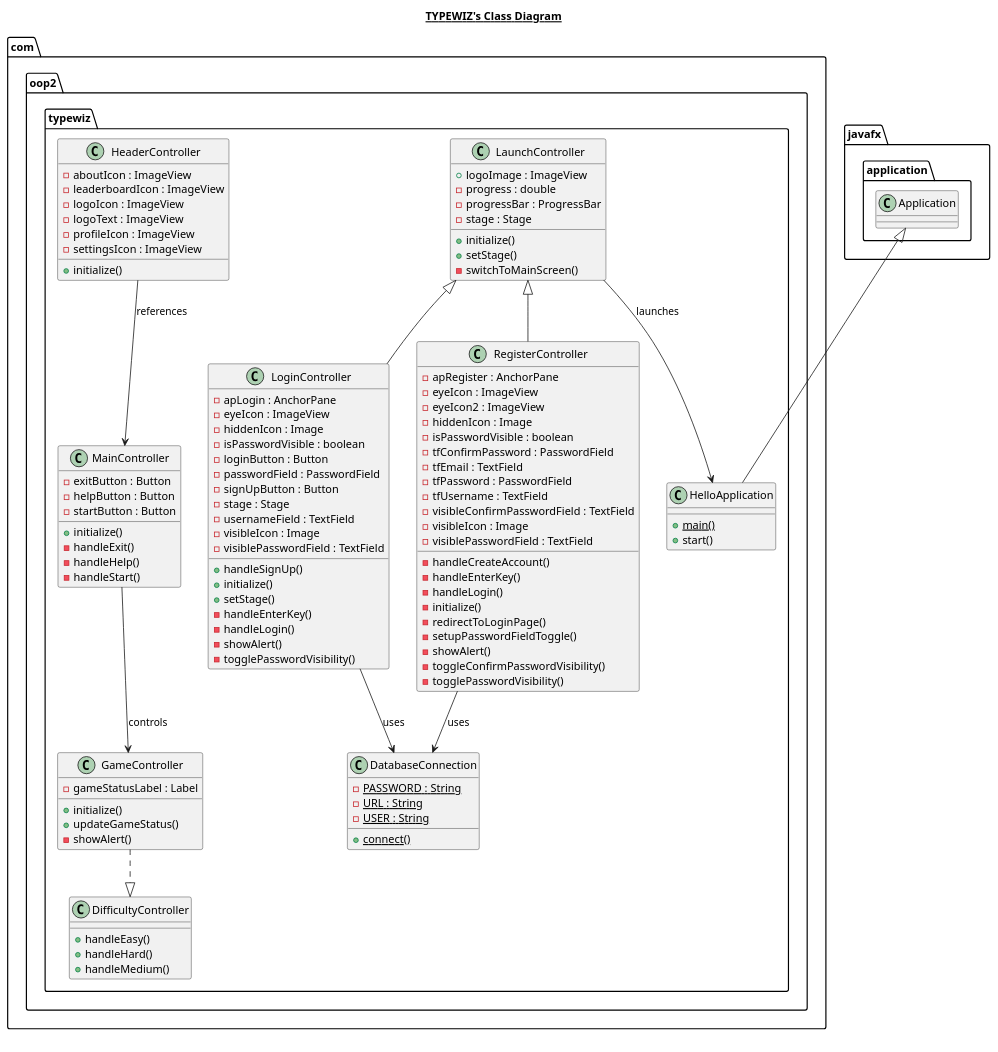
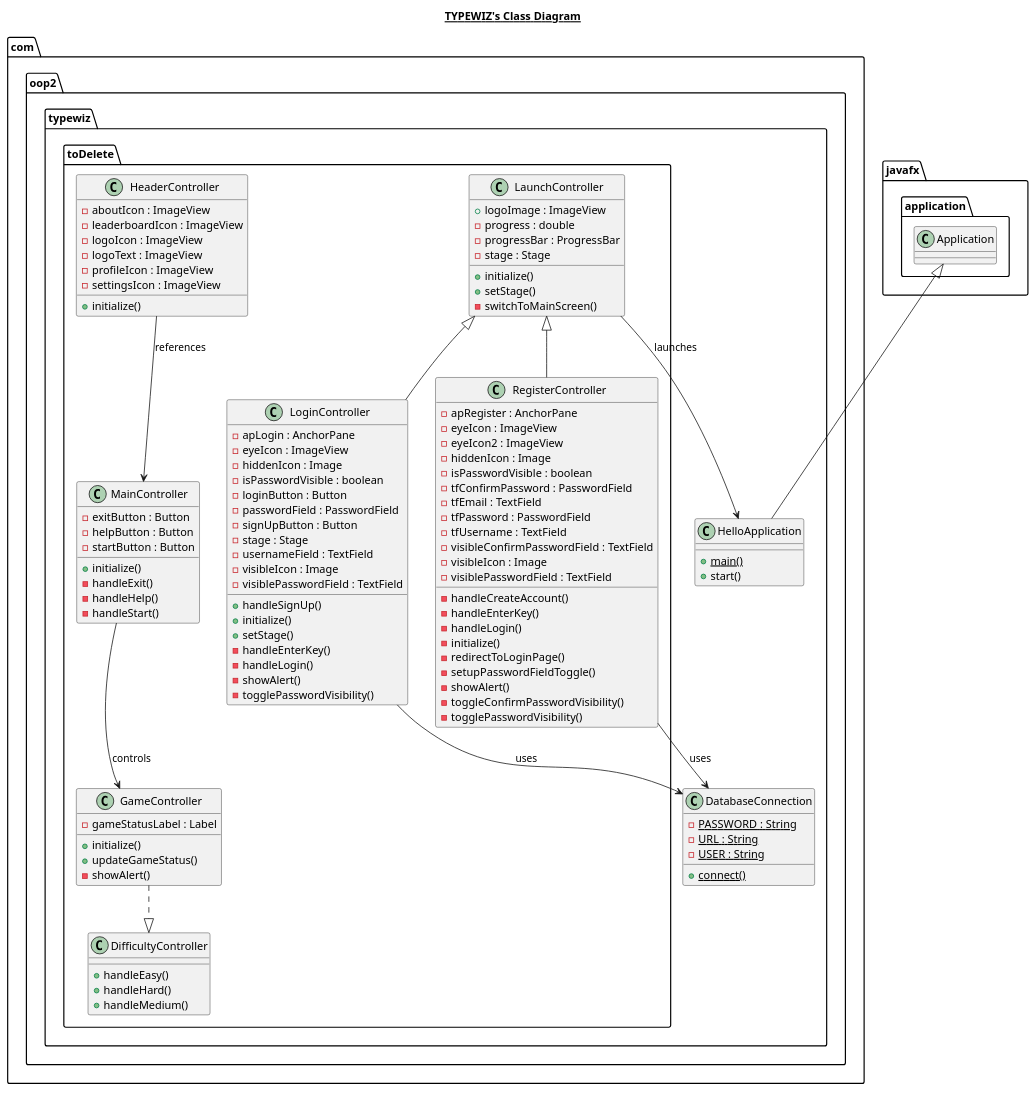
One commit to YelzyDy/typewiz changed the diagram in class diagram/typewiz.plantuml. Above: the diagram before and after it, drawn with PlantUML. The commit also changed 19 other files, not shown here.

Commit message:
login register ui

```diff
--- a/class diagram/typewiz.plantuml
+++ b/class diagram/typewiz.plantuml
@@ -1,126 +1,126 @@
 @startuml
 
 title __TYPEWIZ's Class Diagram__
 
 class com.oop2.typewiz.DatabaseConnection {
     {static} - PASSWORD : String
     {static} - URL : String
     {static} - USER : String
     {static} + connect()
 }
 
-class com.oop2.typewiz.DifficultyController {
+class com.oop2.typewiz.toDelete.DifficultyController {
     + handleEasy()
     + handleHard()
     + handleMedium()
 }
 
-class com.oop2.typewiz.GameController {
+class com.oop2.typewiz.toDelete.GameController {
     - gameStatusLabel : Label
     + initialize()
     + updateGameStatus()
     - showAlert()
 }
 
-class com.oop2.typewiz.HeaderController {
+class com.oop2.typewiz.toDelete.HeaderController {
     - aboutIcon : ImageView
     - leaderboardIcon : ImageView
     - logoIcon : ImageView
     - logoText : ImageView
     - profileIcon : ImageView
     - settingsIcon : ImageView
     + initialize()
 }
 
 class com.oop2.typewiz.HelloApplication {
     {static} + main()
     + start()
 }
 
-class com.oop2.typewiz.LaunchController {
+class com.oop2.typewiz.toDelete.LaunchController {
     + logoImage : ImageView
     - progress : double
     - progressBar : ProgressBar
     - stage : Stage
     + initialize()
     + setStage()
     - switchToMainScreen()
 }
 
-class com.oop2.typewiz.LoginController {
+class com.oop2.typewiz.toDelete.LoginController {
     - apLogin : AnchorPane
     - eyeIcon : ImageView
     - hiddenIcon : Image
     - isPasswordVisible : boolean
     - loginButton : Button
     - passwordField : PasswordField
     - signUpButton : Button
     - stage : Stage
     - usernameField : TextField
     - visibleIcon : Image
     - visiblePasswordField : TextField
     + handleSignUp()
     + initialize()
     + setStage()
     - handleEnterKey()
     - handleLogin()
     - showAlert()
     - togglePasswordVisibility()
 }
 
-class com.oop2.typewiz.MainController {
+class com.oop2.typewiz.toDelete.MainController {
     - exitButton : Button
     - helpButton : Button
     - startButton : Button
     + initialize()
     - handleExit()
     - handleHelp()
     - handleStart()
 }
 
-class com.oop2.typewiz.RegisterController {
+class com.oop2.typewiz.toDelete.RegisterController {
     - apRegister : AnchorPane
     - eyeIcon : ImageView
     - eyeIcon2 : ImageView
     - hiddenIcon : Image
     - isPasswordVisible : boolean
     - tfConfirmPassword : PasswordField
     - tfEmail : TextField
     - tfPassword : PasswordField
     - tfUsername : TextField
     - visibleConfirmPasswordField : TextField
     - visibleIcon : Image
     - visiblePasswordField : TextField
     - handleCreateAccount()
     - handleEnterKey()
     - handleLogin()
     - initialize()
     - redirectToLoginPage()
     - setupPasswordFieldToggle()
     - showAlert()
     - toggleConfirmPasswordVisibility()
     - togglePasswordVisibility()
 }
 
 ' EXISTING Inheritance
 com.oop2.typewiz.HelloApplication -up-|> javafx.application.Application
 
 ' ========== ADDED INHERITANCES (Multi-level) ==========
-com.oop2.typewiz.LoginController -up-|> com.oop2.typewiz.LaunchController
-com.oop2.typewiz.RegisterController -up-|> com.oop2.typewiz.LaunchController
+com.oop2.typewiz.toDelete.LoginController -up-|> com.oop2.typewiz.toDelete.LaunchController
+com.oop2.typewiz.toDelete.RegisterController -up-|> com.oop2.typewiz.toDelete.LaunchController
 
 ' ========== MULTIPLE INHERITANCE (using interfaces style arrows) ==========
-com.oop2.typewiz.GameController ..|> com.oop2.typewiz.DifficultyController
+com.oop2.typewiz.toDelete.GameController ..|> com.oop2.typewiz.toDelete.DifficultyController
 
 ' ========== ASSOCIATIONS / RELATIONSHIPS ==========
-com.oop2.typewiz.LoginController --> com.oop2.typewiz.DatabaseConnection : uses
-com.oop2.typewiz.RegisterController --> com.oop2.typewiz.DatabaseConnection : uses
-com.oop2.typewiz.MainController --> com.oop2.typewiz.GameController : controls
-com.oop2.typewiz.HeaderController --> com.oop2.typewiz.MainController : references
-com.oop2.typewiz.LaunchController --> com.oop2.typewiz.HelloApplication : launches
+com.oop2.typewiz.toDelete.LoginController --> com.oop2.typewiz.DatabaseConnection : uses
+com.oop2.typewiz.toDelete.RegisterController --> com.oop2.typewiz.DatabaseConnection : uses
+com.oop2.typewiz.toDelete.MainController --> com.oop2.typewiz.toDelete.GameController : controls
+com.oop2.typewiz.toDelete.HeaderController --> com.oop2.typewiz.toDelete.MainController : references
+com.oop2.typewiz.toDelete.LaunchController --> com.oop2.typewiz.HelloApplication : launches
 
 right footer
 
 endfooter
 
 @enduml
```
